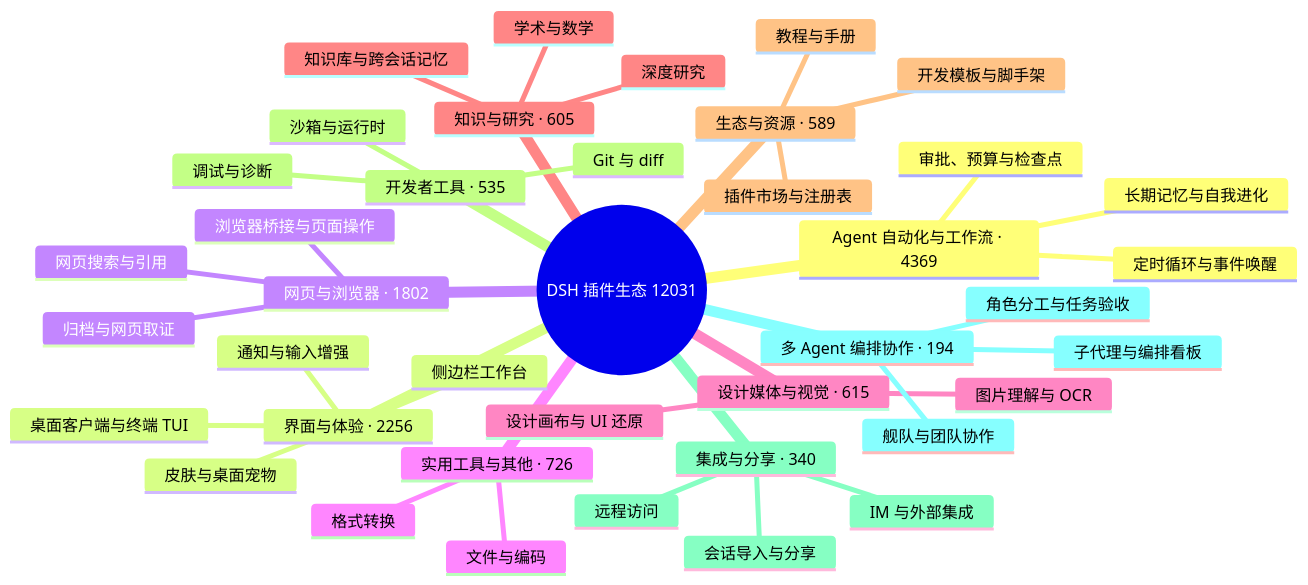
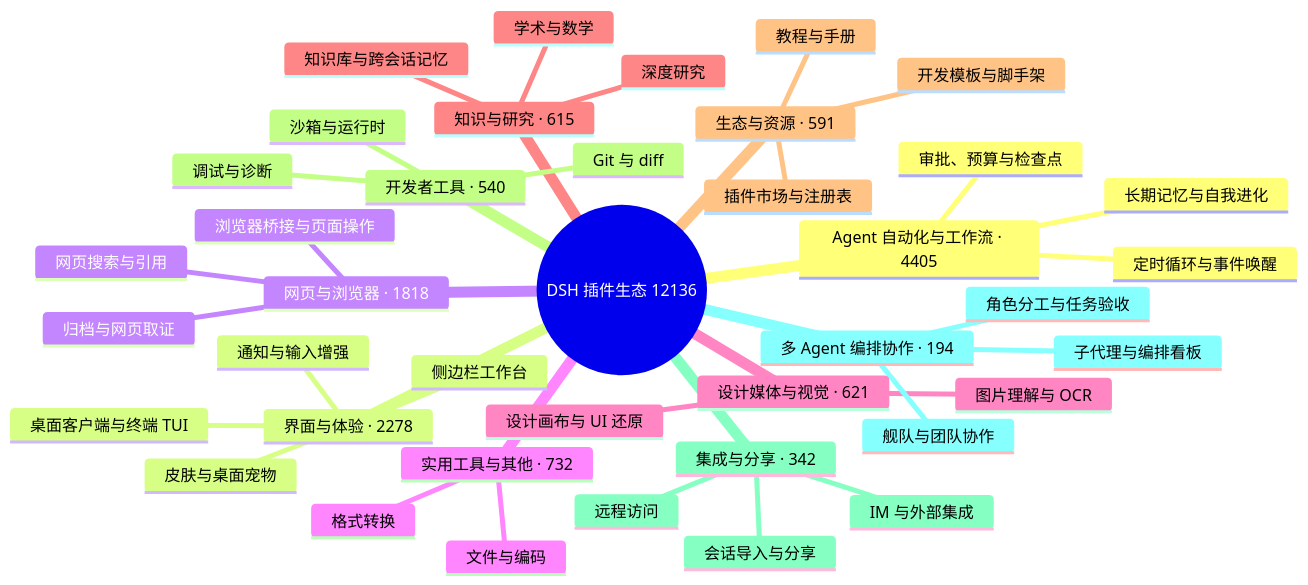
One commit to BOWLUNA/awesome-dsh-plugin changed the diagram in README.md. Above: the diagram before and after it, drawn with Mermaid. The commit also changed other lines of this file and 21 other files, not shown here.

````diff
--- a/README.md
+++ b/README.md
@@ -33,43 +33,43 @@
 ```mermaid
 mindmap
-  root((DSH 插件生态 12031))
-    Agent 自动化与工作流 · 4369
+  root((DSH 插件生态 12136))
+    Agent 自动化与工作流 · 4405
       定时循环与事件唤醒
       长期记忆与自我进化
       审批、预算与检查点
-    界面与体验 · 2256
+    界面与体验 · 2278
       桌面客户端与终端 TUI
       侧边栏工作台
       皮肤与桌面宠物
       通知与输入增强
-    网页与浏览器 · 1802
+    网页与浏览器 · 1818
       浏览器桥接与页面操作
       网页搜索与引用
       归档与网页取证
-    实用工具与其他 · 726
+    实用工具与其他 · 732
       文件与编码
       格式转换
-    设计媒体与视觉 · 615
+    设计媒体与视觉 · 621
       图片理解与 OCR
       设计画布与 UI 还原
-    知识与研究 · 605
+    知识与研究 · 615
       知识库与跨会话记忆
       深度研究
       学术与数学
-    生态与资源 · 589
+    生态与资源 · 591
       插件市场与注册表
       开发模板与脚手架
       教程与手册
-    开发者工具 · 535
+    开发者工具 · 540
       Git 与 diff
       沙箱与运行时
       调试与诊断
-    集成与分享 · 340
+    集成与分享 · 342
       会话导入与分享
       远程访问
       IM 与外部集成
     多 Agent 编排协作 · 194
       子代理与编排看板
       舰队与团队协作
       角色分工与任务验收
 ```
````
